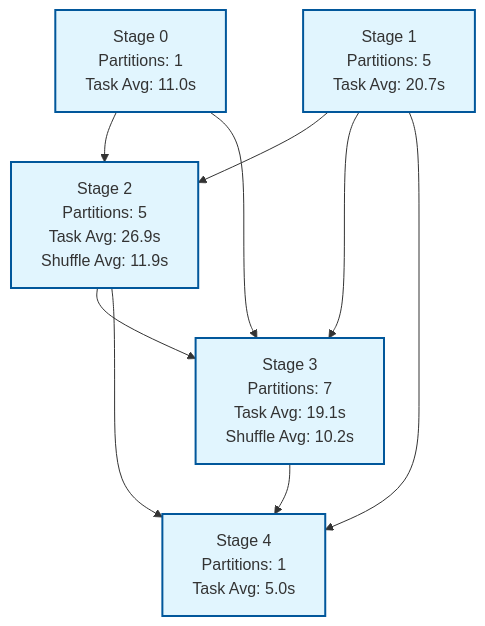
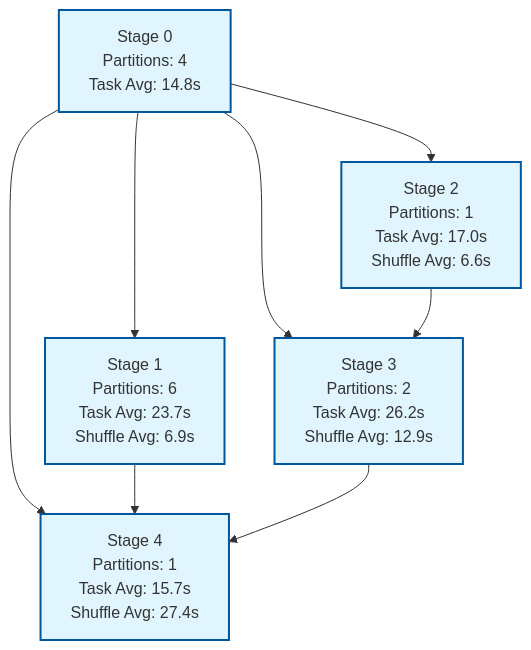
The diagram in examples/generated/run3/README.md (fhalde/fauxspark), drawn with Mermaid before and after one commit. The commit also changed other lines of this file and 9 other files, not shown here.

````diff
--- a/examples/generated/run3/README.md
+++ b/examples/generated/run3/README.md
@@ -9,14 +9,13 @@
 ```mermaid
 graph TD
-    Stage0["Stage 0<br/>Partitions: 1<br/>Task Avg: 11.0s"] --> Stage2["Stage 2<br/>Partitions: 5<br/>Task Avg: 26.9s<br/>Shuffle Avg: 11.9s"]
-    Stage1["Stage 1<br/>Partitions: 5<br/>Task Avg: 20.7s"] --> Stage2
-    Stage0 --> Stage3["Stage 3<br/>Partitions: 7<br/>Task Avg: 19.1s<br/>Shuffle Avg: 10.2s"]
-    Stage1 --> Stage3
+    Stage0["Stage 0<br/>Partitions: 4<br/>Task Avg: 14.8s"] --> Stage1["Stage 1<br/>Partitions: 6<br/>Task Avg: 23.7s<br/>Shuffle Avg: 6.9s"]
+    Stage0 --> Stage2["Stage 2<br/>Partitions: 1<br/>Task Avg: 17.0s<br/>Shuffle Avg: 6.6s"]
+    Stage0 --> Stage3["Stage 3<br/>Partitions: 2<br/>Task Avg: 26.2s<br/>Shuffle Avg: 12.9s"]
     Stage2 --> Stage3
-    Stage1 --> Stage4["Stage 4<br/>Partitions: 1<br/>Task Avg: 5.0s"]
-    Stage2 --> Stage4
+    Stage0 --> Stage4["Stage 4<br/>Partitions: 1<br/>Task Avg: 15.7s<br/>Shuffle Avg: 27.4s"]
+    Stage1 --> Stage4
     Stage3 --> Stage4
 
     classDef stageBox fill:#e1f5fe,stroke:#01579b,stroke-width:2px
     class Stage0,Stage1,Stage2,Stage3,Stage4 stageBox
 ```
````
